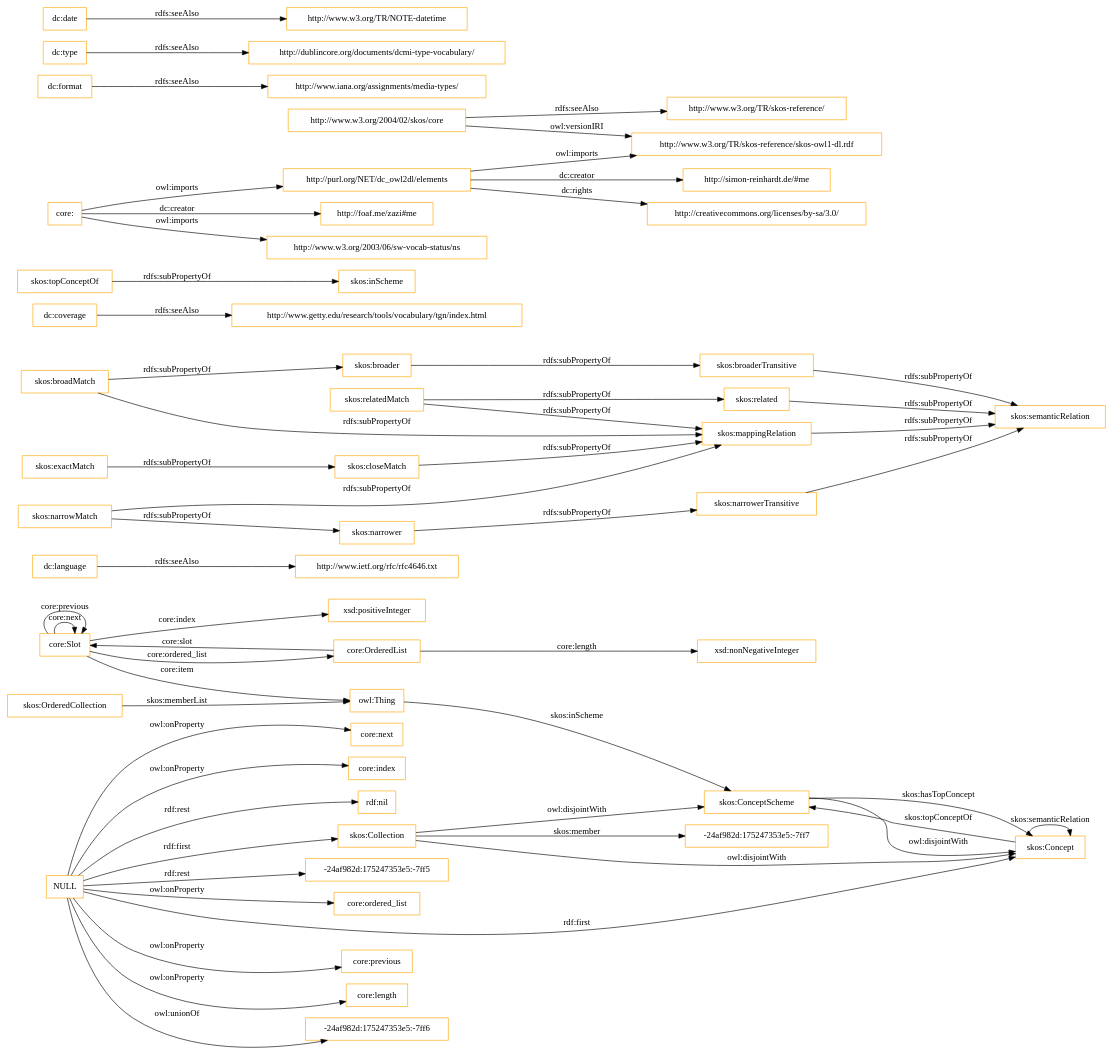
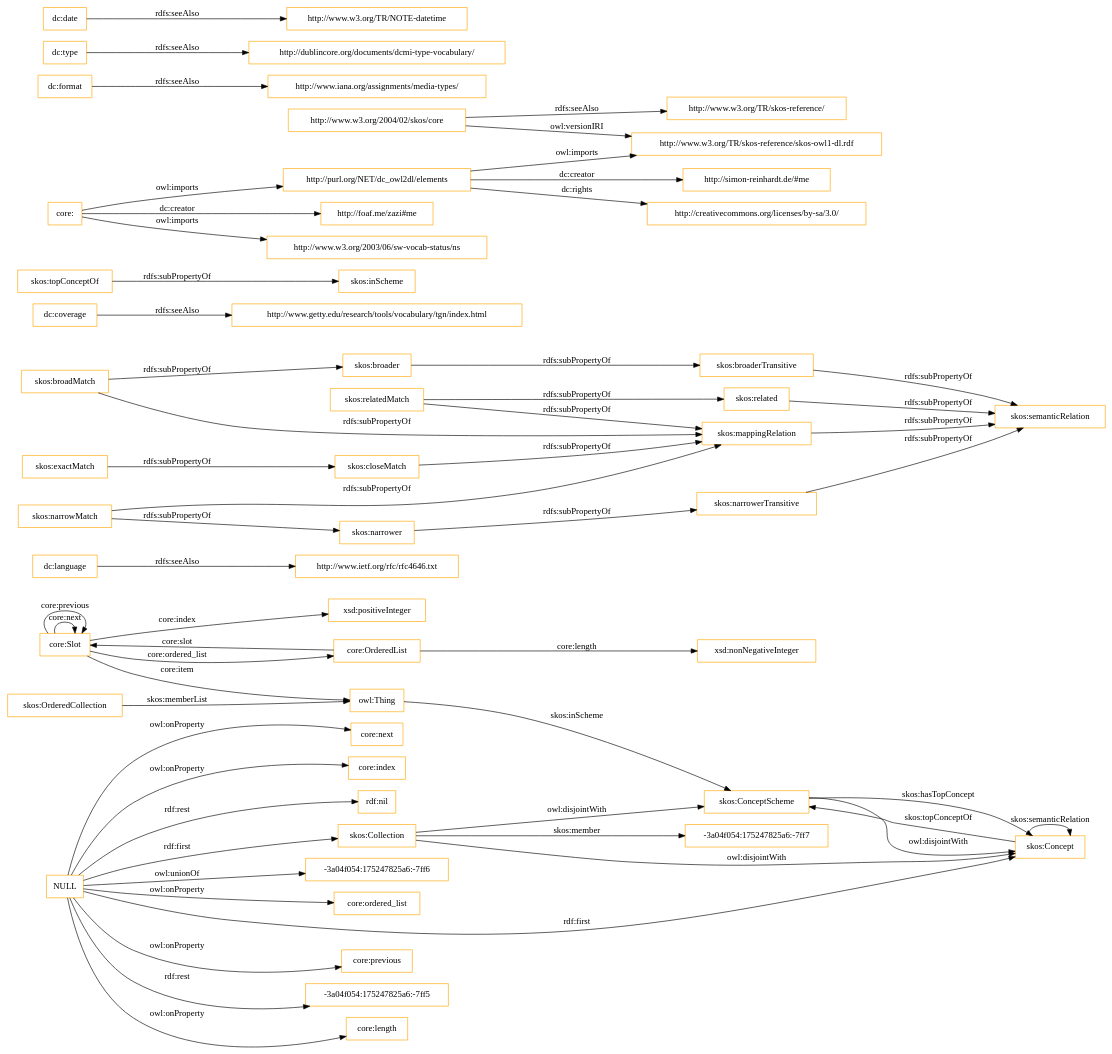
Before and after one commit to OnToologyUser/core-ontology-1: the diagram in OnToology/imports/core.owl/diagrams/ar2dtool-class/core.owl.png.dot, drawn with Graphviz. The commit also changed 14 other files, not shown here.

```diff
--- a/OnToology/imports/core.owl/diagrams/ar2dtool-class/core.owl.png.dot
+++ b/OnToology/imports/core.owl/diagrams/ar2dtool-class/core.owl.png.dot
@@ -1,60 +1,60 @@
 digraph ar2dtool_diagram { 
 rankdir=LR;
 size="1501"
-node [shape = rectangle, color="orange"]; "core:Slot" "core:OrderedList" "-24af982d:175247353e5:-7ff7" "skos:OrderedCollection" "skos:Collection" "skos:ConceptScheme" "skos:Concept" ; /*classes style*/
+node [shape = rectangle, color="orange"]; "core:Slot" "core:OrderedList" "-3a04f054:175247825a6:-7ff7" "skos:OrderedCollection" "skos:Collection" "skos:ConceptScheme" "skos:Concept" ; /*classes style*/
 	"dc:language" -> "http://www.ietf.org/rfc/rfc4646.txt" [ label = "rdfs:seeAlso" ];
 	"NULL" -> "core:previous" [ label = "owl:onProperty" ];
+	"NULL" -> "-3a04f054:175247825a6:-7ff5" [ label = "rdf:rest" ];
 	"NULL" -> "core:length" [ label = "owl:onProperty" ];
 	"NULL" -> "skos:Concept" [ label = "rdf:first" ];
-	"NULL" -> "-24af982d:175247353e5:-7ff6" [ label = "owl:unionOf" ];
 	"NULL" -> "core:next" [ label = "owl:onProperty" ];
 	"NULL" -> "core:index" [ label = "owl:onProperty" ];
 	"NULL" -> "rdf:nil" [ label = "rdf:rest" ];
-	"NULL" -> "-24af982d:175247353e5:-7ff5" [ label = "rdf:rest" ];
+	"NULL" -> "-3a04f054:175247825a6:-7ff6" [ label = "owl:unionOf" ];
 	"NULL" -> "core:ordered_list" [ label = "owl:onProperty" ];
 	"NULL" -> "skos:Collection" [ label = "rdf:first" ];
 	"skos:closeMatch" -> "skos:mappingRelation" [ label = "rdfs:subPropertyOf" ];
 	"dc:coverage" -> "http://www.getty.edu/research/tools/vocabulary/tgn/index.html" [ label = "rdfs:seeAlso" ];
 	"skos:relatedMatch" -> "skos:related" [ label = "rdfs:subPropertyOf" ];
 	"skos:relatedMatch" -> "skos:mappingRelation" [ label = "rdfs:subPropertyOf" ];
 	"skos:ConceptScheme" -> "skos:Concept" [ label = "owl:disjointWith" ];
 	"skos:related" -> "skos:semanticRelation" [ label = "rdfs:subPropertyOf" ];
 	"skos:topConceptOf" -> "skos:inScheme" [ label = "rdfs:subPropertyOf" ];
 	"skos:broadMatch" -> "skos:broader" [ label = "rdfs:subPropertyOf" ];
 	"skos:broadMatch" -> "skos:mappingRelation" [ label = "rdfs:subPropertyOf" ];
 	"http://purl.org/NET/dc_owl2dl/elements" -> "http://www.w3.org/TR/skos-reference/skos-owl1-dl.rdf" [ label = "owl:imports" ];
 	"http://purl.org/NET/dc_owl2dl/elements" -> "http://creativecommons.org/licenses/by-sa/3.0/" [ label = "dc:rights" ];
 	"http://purl.org/NET/dc_owl2dl/elements" -> "http://simon-reinhardt.de/#me" [ label = "dc:creator" ];
 	"skos:exactMatch" -> "skos:closeMatch" [ label = "rdfs:subPropertyOf" ];
 	"dc:format" -> "http://www.iana.org/assignments/media-types/" [ label = "rdfs:seeAlso" ];
 	"core:" -> "http://foaf.me/zazi#me" [ label = "dc:creator" ];
 	"core:" -> "http://www.w3.org/2003/06/sw-vocab-status/ns" [ label = "owl:imports" ];
 	"core:" -> "http://purl.org/NET/dc_owl2dl/elements" [ label = "owl:imports" ];
 	"skos:broaderTransitive" -> "skos:semanticRelation" [ label = "rdfs:subPropertyOf" ];
 	"skos:mappingRelation" -> "skos:semanticRelation" [ label = "rdfs:subPropertyOf" ];
 	"skos:broader" -> "skos:broaderTransitive" [ label = "rdfs:subPropertyOf" ];
 	"dc:type" -> "http://dublincore.org/documents/dcmi-type-vocabulary/" [ label = "rdfs:seeAlso" ];
 	"http://www.w3.org/2004/02/skos/core" -> "http://www.w3.org/TR/skos-reference/skos-owl1-dl.rdf" [ label = "owl:versionIRI" ];
 	"http://www.w3.org/2004/02/skos/core" -> "http://www.w3.org/TR/skos-reference/" [ label = "rdfs:seeAlso" ];
 	"skos:Collection" -> "skos:ConceptScheme" [ label = "owl:disjointWith" ];
 	"skos:Collection" -> "skos:Concept" [ label = "owl:disjointWith" ];
 	"skos:narrowMatch" -> "skos:narrower" [ label = "rdfs:subPropertyOf" ];
 	"skos:narrowMatch" -> "skos:mappingRelation" [ label = "rdfs:subPropertyOf" ];
 	"skos:narrower" -> "skos:narrowerTransitive" [ label = "rdfs:subPropertyOf" ];
 	"dc:date" -> "http://www.w3.org/TR/NOTE-datetime" [ label = "rdfs:seeAlso" ];
 	"skos:narrowerTransitive" -> "skos:semanticRelation" [ label = "rdfs:subPropertyOf" ];
 	"core:Slot" -> "xsd:positiveInteger" [ label = "core:index" ];
 	"skos:Concept" -> "skos:ConceptScheme" [ label = "skos:topConceptOf" ];
 	"core:Slot" -> "owl:Thing" [ label = "core:item" ];
 	"core:OrderedList" -> "xsd:nonNegativeInteger" [ label = "core:length" ];
 	"core:OrderedList" -> "core:Slot" [ label = "core:slot" ];
-	"skos:Collection" -> "-24af982d:175247353e5:-7ff7" [ label = "skos:member" ];
+	"skos:Collection" -> "-3a04f054:175247825a6:-7ff7" [ label = "skos:member" ];
 	"core:Slot" -> "core:Slot" [ label = "core:next" ];
 	"skos:ConceptScheme" -> "skos:Concept" [ label = "skos:hasTopConcept" ];
 	"owl:Thing" -> "skos:ConceptScheme" [ label = "skos:inScheme" ];
 	"core:Slot" -> "core:Slot" [ label = "core:previous" ];
 	"skos:OrderedCollection" -> "owl:Thing" [ label = "skos:memberList" ];
 	"skos:Concept" -> "skos:Concept" [ label = "skos:semanticRelation" ];
 	"core:Slot" -> "core:OrderedList" [ label = "core:ordered_list" ];
 
 }
```
